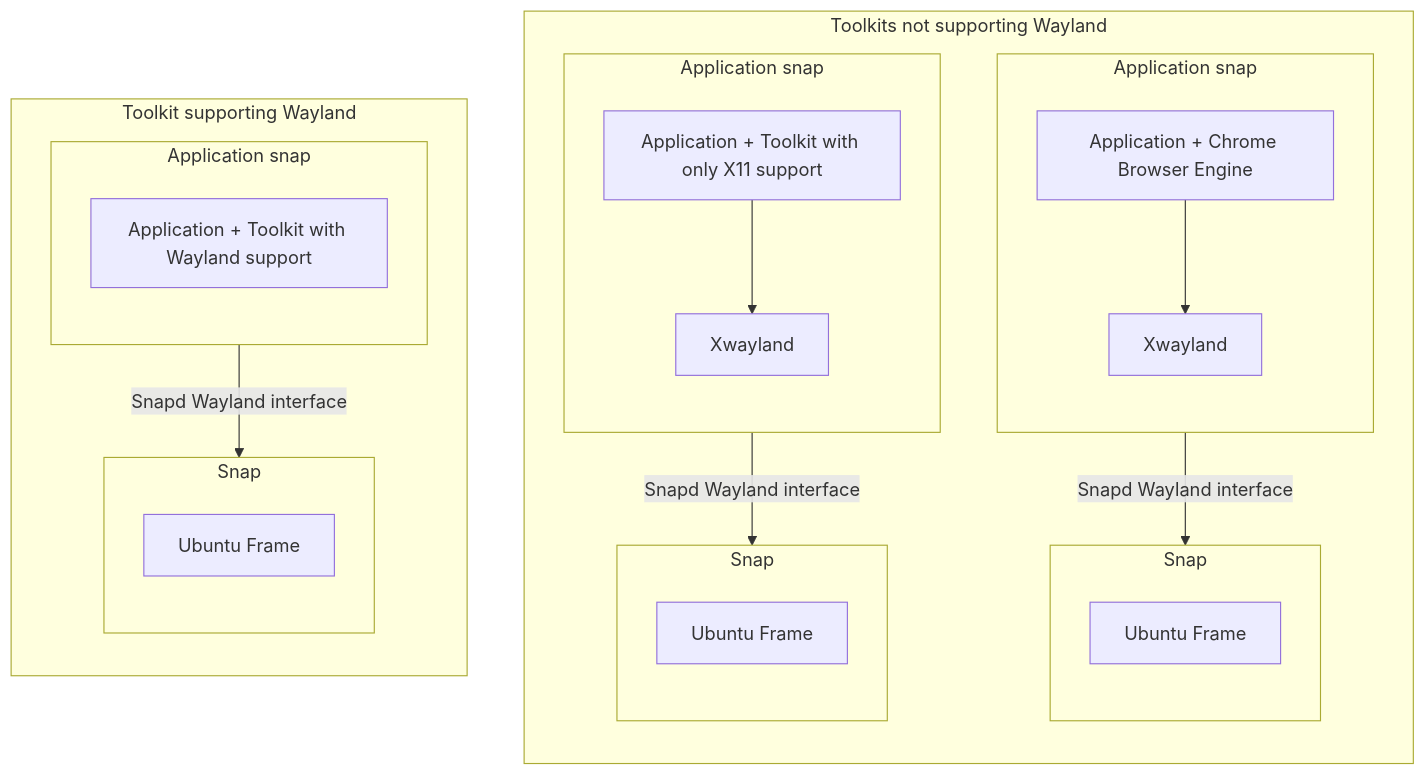
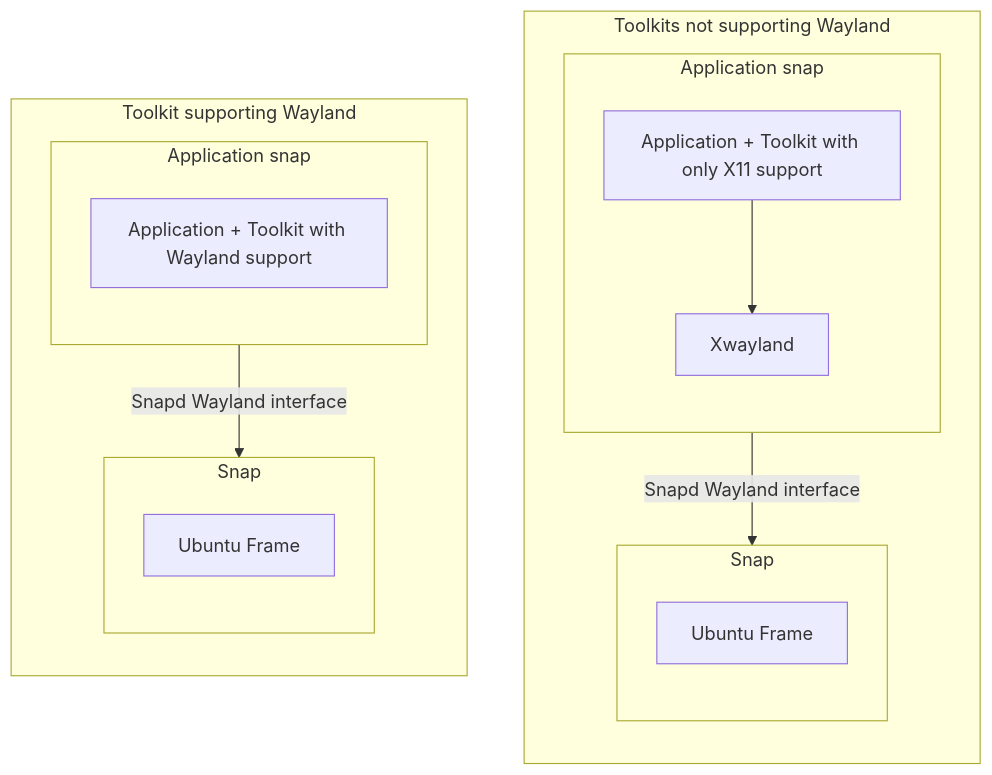
Before and after one commit to canonical/ubuntu-frame: the diagram in docs/tutorial/mir-kiosk-architectures.mmd, drawn with Mermaid. The commit also changed 2 other files, not shown here.

Commit message:
Use rendered PNG file instead of mermaid directly

```diff
--- a/docs/tutorial/mir-kiosk-architectures.mmd
+++ b/docs/tutorial/mir-kiosk-architectures.mmd
@@ -1,47 +1,35 @@
 graph BT
-    
+
     subgraph toolkit_without_wayland [Toolkits&nbsp;not&nbsp;supporting&nbsp;Wayland]
         direction TB
 
         subgraph UF2 [Snap]
             direction TB
             D2[Ubuntu Frame]
         end
 
-        subgraph UF3 [Snap]
-            direction TB
-            D3[Ubuntu Frame]
-        end
-
-        subgraph ApplicationSnap3 [Application snap]
-            direction TB
-            A3[Application + Chrome Browser Engine]
-            A3 --> C3[Xwayland]
-        end
-    
         subgraph ApplicationSnap2 [Application snap]
             direction TB
             A2[Application + Toolkit with only X11 support]
             A2 --> C2[Xwayland]
         end
 
     end
     subgraph toolkit_with_wayland [Toolkit supporting Wayland]
         direction TB
 
         subgraph UF1 [Snap]
             direction TB
             D1[Ubuntu Frame]
         end
 
         subgraph ApplicationSnap1 [Application snap]
             direction TB
             A1[Application + Toolkit with Wayland support]
         end
     end
 
-    
+
 
     A1 --> |Snapd Wayland interface|UF1
     C2 --> |Snapd Wayland interface|UF2
-    C3 --> |Snapd Wayland interface|UF3
```
